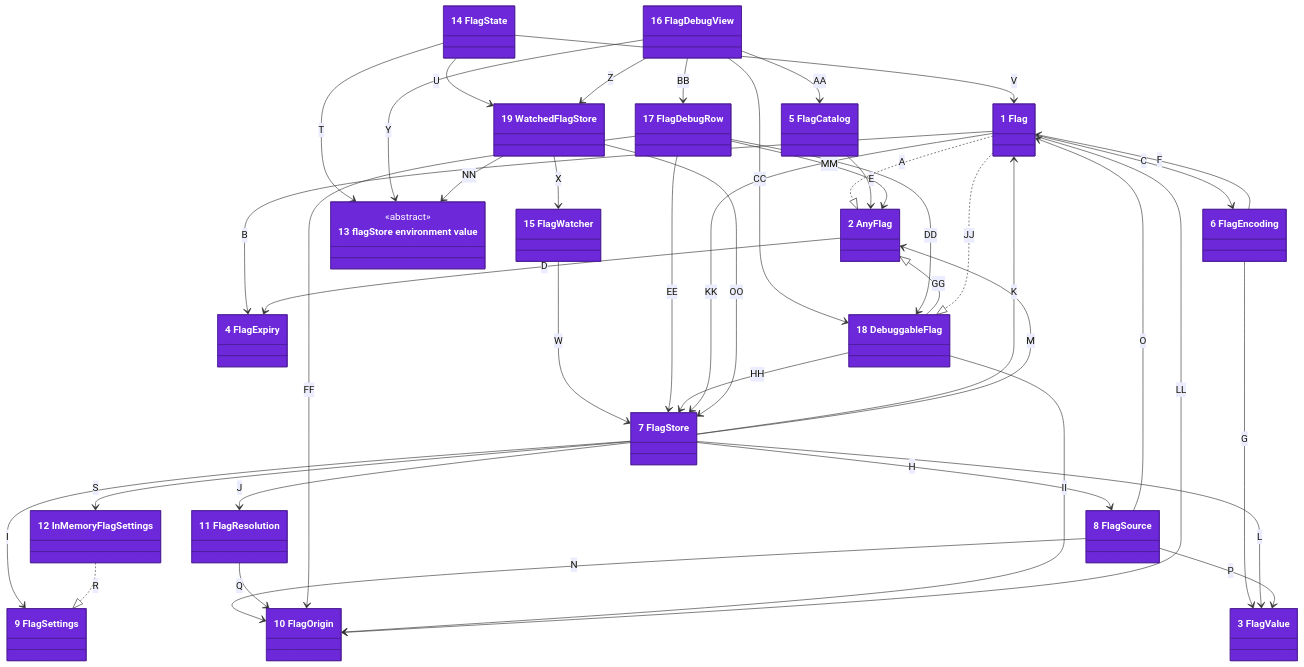
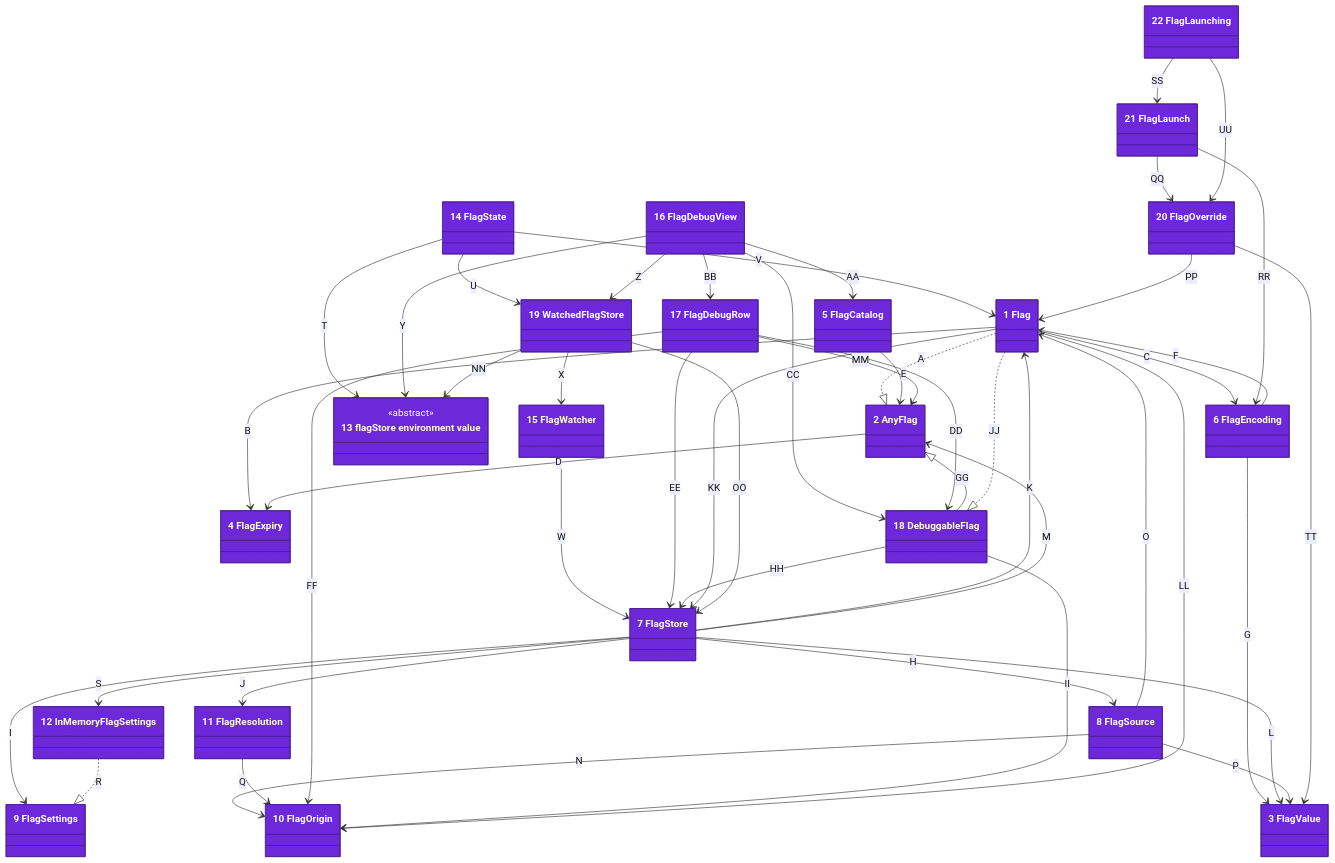
The first of 2 diagrams in docs/architecture/04-code.md (may-journal/feature-flag-kit), drawn with Mermaid before and after one commit. The commit also changed other lines of this file and 13 other files, not shown here.

````diff
--- a/docs/architecture/04-code.md
+++ b/docs/architecture/04-code.md
@@ -24,6 +26,9 @@
     class FlagDebugRow["17 FlagDebugRow"]
     class DebuggableFlag["18 DebuggableFlag"]
     class WatchedFlagStore["19 WatchedFlagStore"]
+    class FlagOverride["20 FlagOverride"]
+    class FlagLaunch["21 FlagLaunch"]
+    class FlagLaunching["22 FlagLaunching"]
 
     Flag ..|> AnyFlag : A
     Flag --> FlagExpiry : B
@@ -66,6 +71,12 @@
     FlagDebugRow --> AnyFlag : MM
     WatchedFlagStore --> flagStore : NN
     WatchedFlagStore --> FlagStore : OO
+    FlagOverride --> Flag : PP
+    FlagOverride --> FlagValue : TT
+    FlagLaunch --> FlagOverride : QQ
+    FlagLaunch --> FlagEncoding : RR
+    FlagLaunching --> FlagLaunch : SS
+    FlagLaunching --> FlagOverride : UU
 
     style Flag fill:#6d28d9,stroke:#4c1d95,color:#ffffff
     style AnyFlag fill:#6d28d9,stroke:#4c1d95,color:#ffffff
@@ -86,4 +97,7 @@
     style FlagDebugRow fill:#6d28d9,stroke:#4c1d95,color:#ffffff
     style DebuggableFlag fill:#6d28d9,stroke:#4c1d95,color:#ffffff
     style WatchedFlagStore fill:#6d28d9,stroke:#4c1d95,color:#ffffff
+    style FlagOverride fill:#6d28d9,stroke:#4c1d95,color:#ffffff
+    style FlagLaunch fill:#6d28d9,stroke:#4c1d95,color:#ffffff
+    style FlagLaunching fill:#6d28d9,stroke:#4c1d95,color:#ffffff
 ```
````
